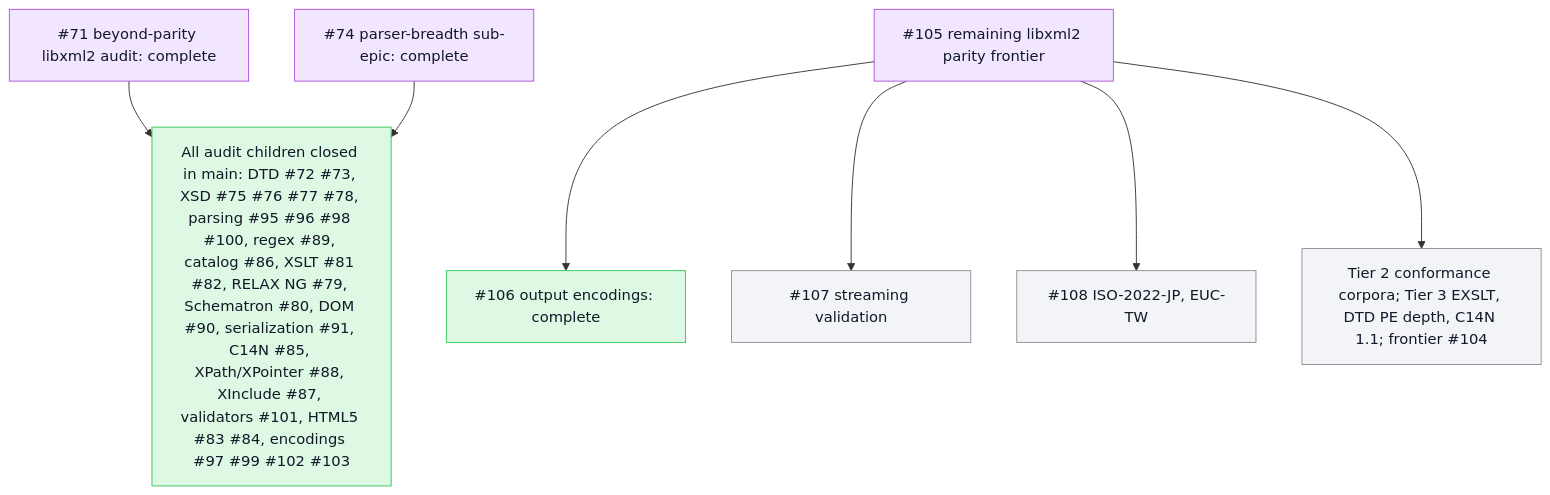
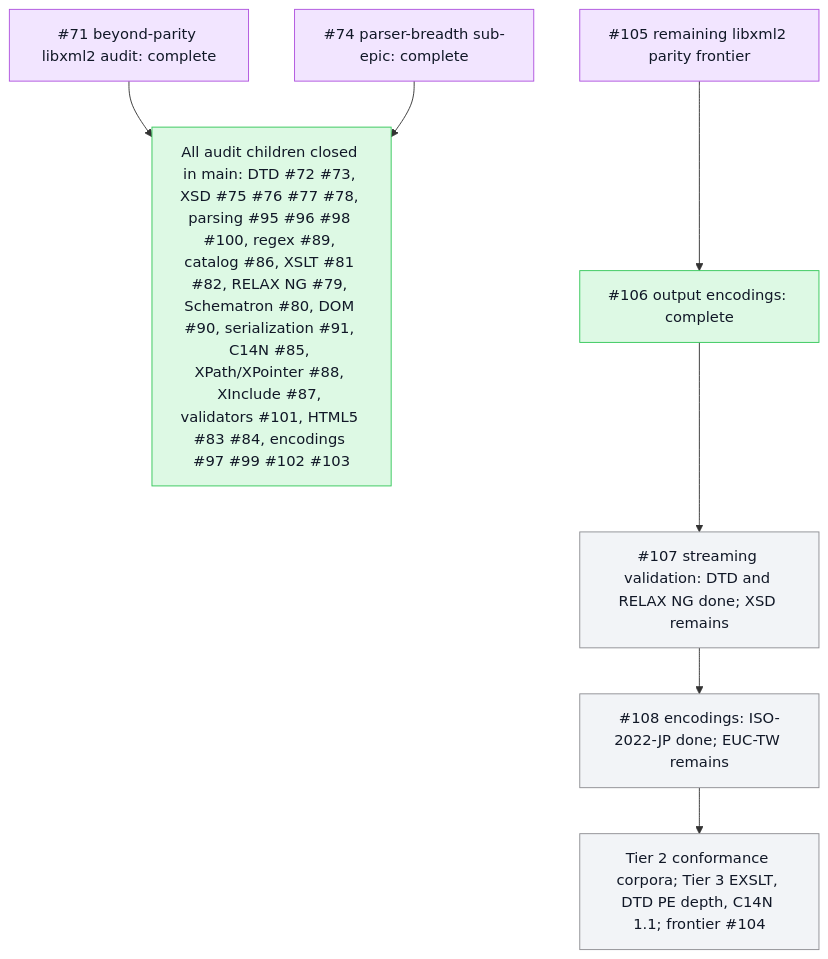
One commit to mihaelamj/PureXML changed the second of 2 diagrams in README.md. Above: the diagram before and after it, drawn with Mermaid.

Commit message:
docs(roadmap): order the parity-frontier chain and reflect current state

````diff
--- a/README.md
+++ b/README.md
@@ -76,21 +76,21 @@
 ```mermaid
 flowchart TB
   classDef done fill:#ddf9e4,stroke:#34c759,color:#111827
   classDef review fill:#fff7d6,stroke:#ffcc00,color:#111827
   classDef epic fill:#f2e5ff,stroke:#af52de,color:#111827
   classDef todo fill:#f2f4f7,stroke:#8e8e93,color:#111827
   Epic71["#71 beyond-parity libxml2 audit: complete"]:::epic
   Epic74["#74 parser-breadth sub-epic: complete"]:::epic
   Done["All audit children closed in main: DTD #72 #73, XSD #75 #76 #77 #78, parsing #95 #96 #98 #100, regex #89, catalog #86, XSLT #81 #82, RELAX NG #79, Schematron #80, DOM #90, serialization #91, C14N #85, XPath/XPointer #88, XInclude #87, validators #101, HTML5 #83 #84, encodings #97 #99 #102 #103"]:::done
   Epic71 --> Done
   Epic74 --> Done
   Epic105["#105 remaining libxml2 parity frontier"]:::epic
   OutEnc["#106 output encodings: complete"]:::done
-  StreamVal["#107 streaming validation"]:::todo
-  MoreEnc["#108 ISO-2022-JP, EUC-TW"]:::todo
+  StreamVal["#107 streaming validation: DTD and RELAX NG done; XSD remains"]:::todo
+  MoreEnc["#108 encodings: ISO-2022-JP done; EUC-TW remains"]:::todo
   Depth["Tier 2 conformance corpora; Tier 3 EXSLT, DTD PE depth, C14N 1.1; frontier #104"]:::todo
   Epic105 --> OutEnc
-  Epic105 --> StreamVal
-  Epic105 --> MoreEnc
-  Epic105 --> Depth
+  OutEnc --> StreamVal
+  StreamVal --> MoreEnc
+  MoreEnc --> Depth
 ```
````
